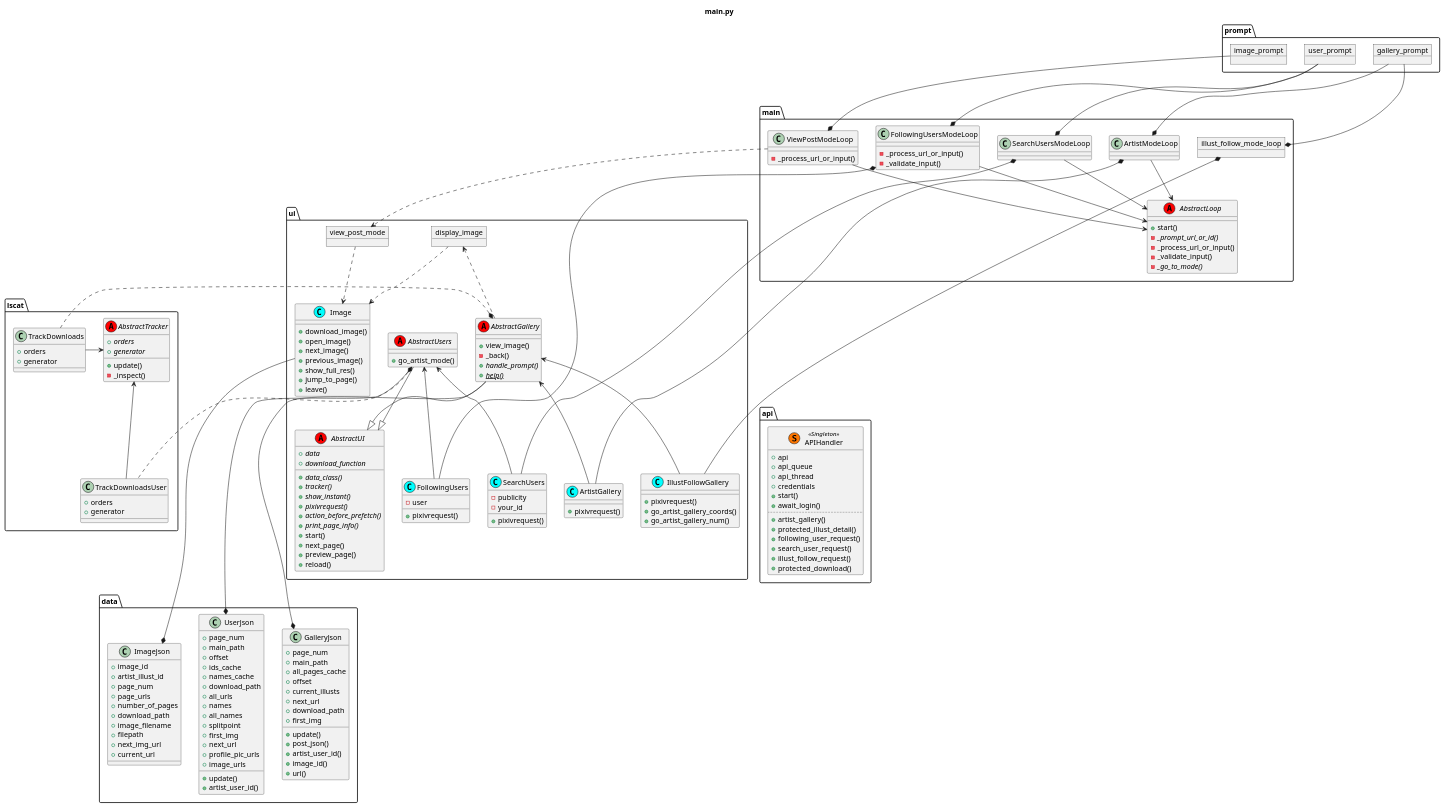
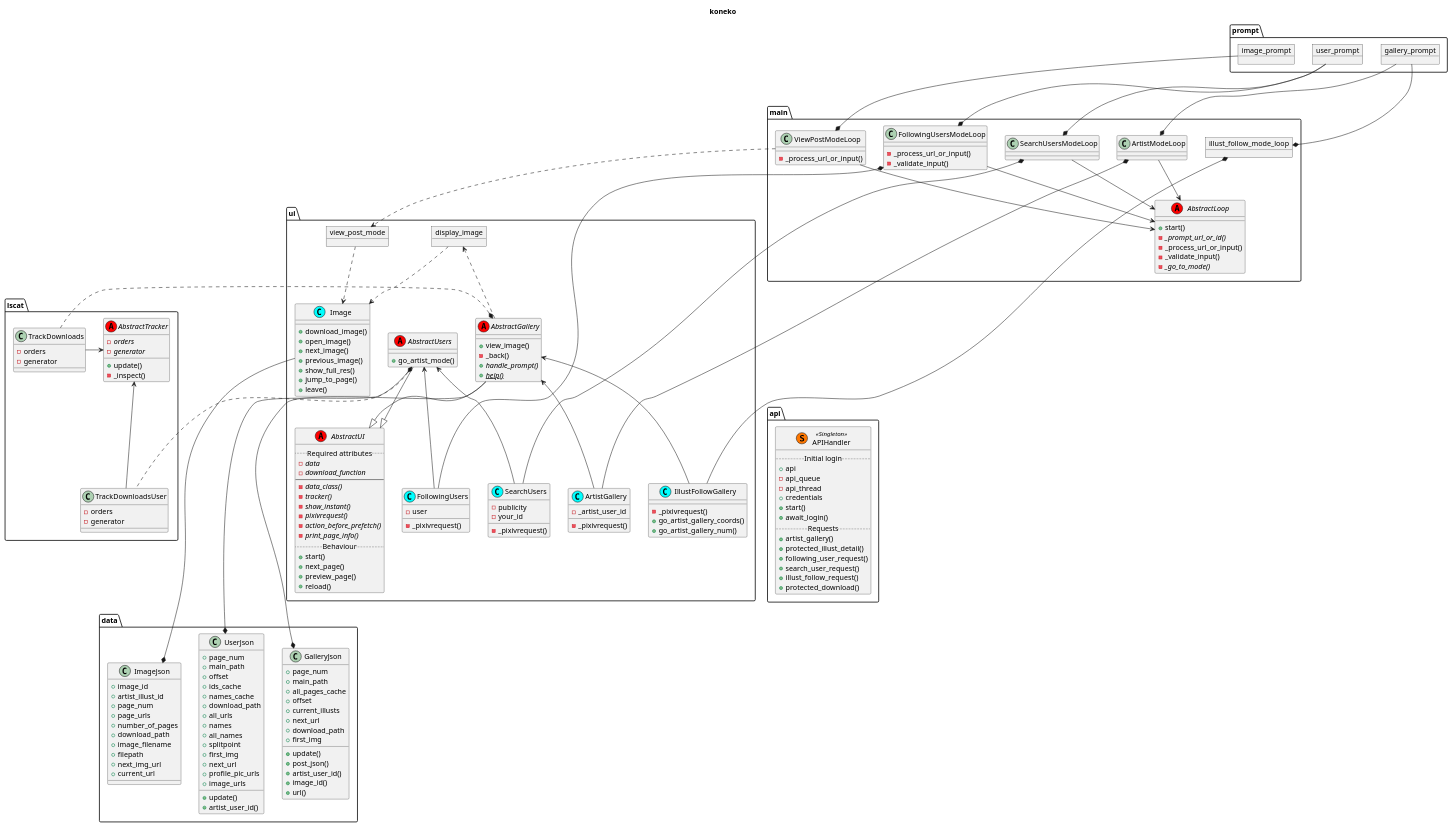
Before and after one commit to akazukin5151/koneko: the diagram in puml/classes.puml, drawn with PlantUML.

Commit message:
Plan on public/private

```diff
--- a/puml/classes.puml
+++ b/puml/classes.puml
@@ -1,6 +1,6 @@
 @startuml
 
-title main.py
+title koneko
 
 abstract class main.AbstractLoop <<(A, red)>>{
   +start()
@@ -20,14 +20,17 @@
 main.AbstractLoop <-up[hidden]- illust_follow_mode_loop
 
 abstract class ui.AbstractUI <<(A, red)>>{
-    + {abstract} data
-    + {abstract} download_function
-    +{abstract}data_class()
-    +{abstract}tracker()
-    +{abstract}show_instant()
-    +{abstract}pixivrequest()
-    +{abstract}action_before_prefetch()
-    +{abstract}print_page_info()
+    ..Required attributes..
+    - {abstract} data
+    - {abstract} download_function
+    --
+    -{abstract}data_class()
+    -{abstract}tracker()
+    -{abstract}show_instant()
+    -{abstract}pixivrequest()
+    -{abstract}action_before_prefetch()
+    -{abstract}print_page_info()
+    ..Behaviour..
     +start()
     +next_page()
     +preview_page()
@@ -43,10 +46,11 @@
 ui.AbstractUI <|-up- ui.AbstractGallery
 
 class ui.ArtistGallery <<(C, cyan)>>{
-    +pixivrequest()
+    - _artist_user_id
+    -_pixivrequest()
 }
 class ui.IllustFollowGallery <<(C, cyan)>>{
-    +pixivrequest()
+    -_pixivrequest()
     +go_artist_gallery_coords()
     +go_artist_gallery_num()
 }
@@ -92,12 +96,12 @@
 
 class ui.FollowingUsers <<(C, cyan)>> {
     - user
-    +pixivrequest()
+    -_pixivrequest()
 }
 class ui.SearchUsers <<(C, cyan)>> {
     - publicity
     - your_id
-    +pixivrequest()
+    -_pixivrequest()
 }
 abstract class ui.AbstractUsers <<(A, red)>>{
     +go_artist_mode()
@@ -110,18 +114,18 @@
 
 
 abstract class lscat.AbstractTracker <<(A, red)>>{
-    + {abstract} orders
-    + {abstract} generator
+    - {abstract} orders
+    - {abstract} generator
     +update()
     -_inspect()
 }
 class lscat.TrackDownloads {
-    + orders
-    + generator
+    - orders
+    - generator
 }
 class lscat.TrackDownloadsUser {
-    + orders
-    + generator
+    - orders
+    - generator
 }
 
 lscat.AbstractTracker <- lscat.TrackDownloadsUser
@@ -201,13 +205,14 @@
 
 
 class api.APIHandler << (S,#FF7700) Singleton >> {
+    ..Initial login..
     + api
-    + api_queue
-    + api_thread
+    - api_queue
+    - api_thread
     + credentials
     +start()
     +await_login()
-    ..
+    ..Requests..
     +artist_gallery()
     +protected_illust_detail()
     +following_user_request()
```
